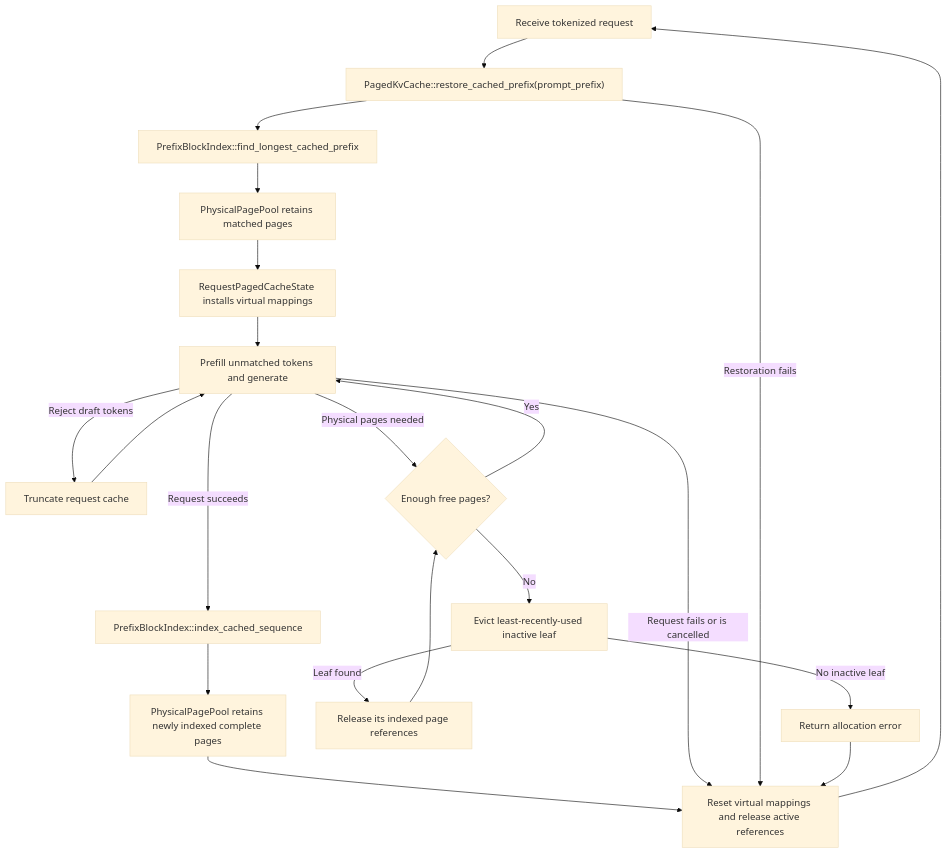
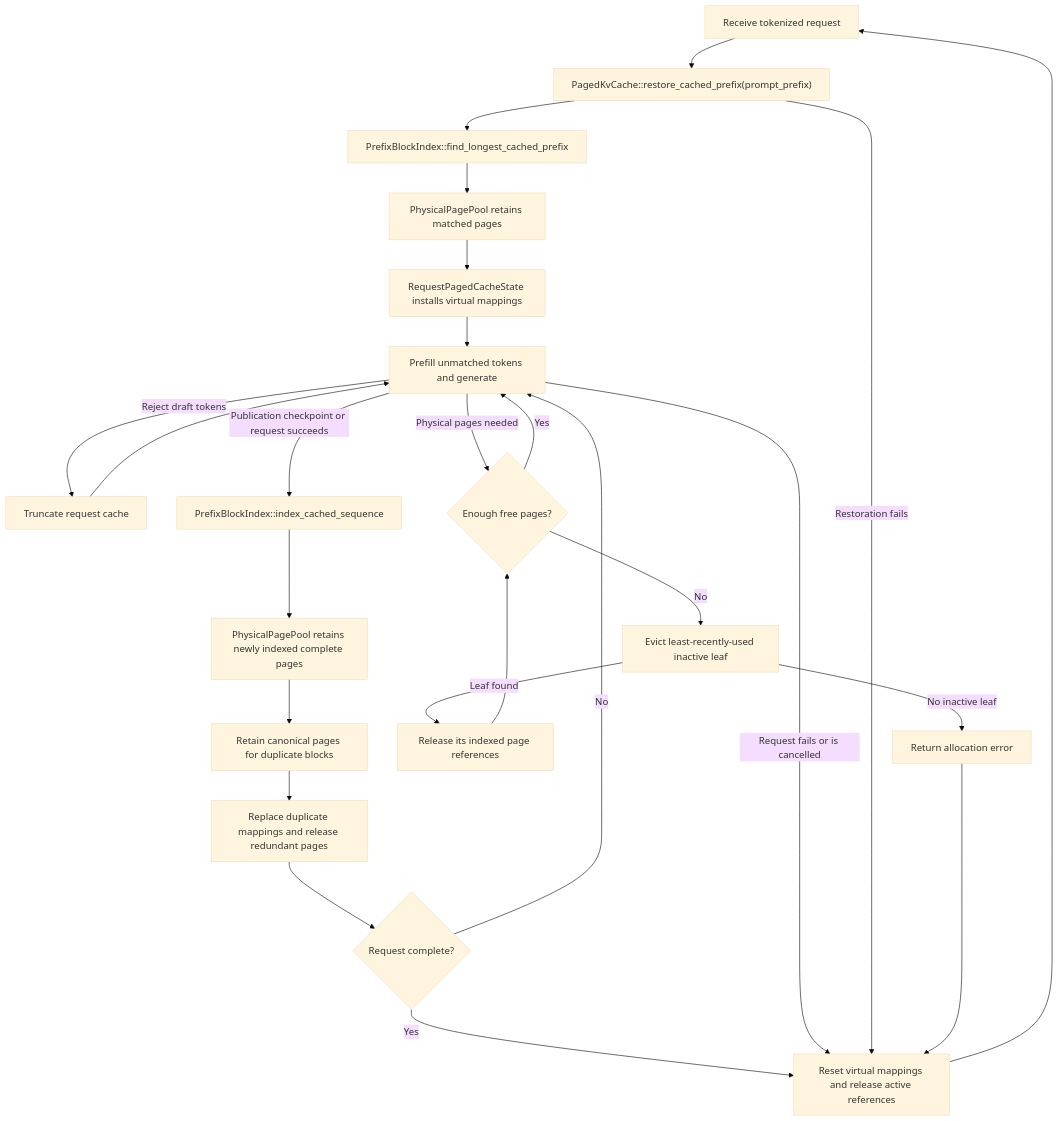
Before and after one commit to lun0522/mini-vllm-rs: the second of 3 diagrams in src/model_runner/server/kv_cache/README.md, drawn with Mermaid (base theme). The commit also changed other lines of this file and 3 other files, not shown here.

First line of the commit message:
Fix: Preserve page ownership during duplicate prefix publication

````diff
--- a/src/model_runner/server/kv_cache/README.md
+++ b/src/model_runner/server/kv_cache/README.md
@@ -84,23 +84,27 @@
 ```mermaid
 flowchart TD
     Request[Receive tokenized request] --> Restore["PagedKvCache::restore_cached_prefix(prompt_prefix)"]
     Restore --> Find["PrefixBlockIndex::find_longest_cached_prefix"]
     Find --> RetainMatch["PhysicalPagePool retains matched pages"]
     RetainMatch --> Attach["RequestPagedCacheState installs virtual mappings"]
     Attach --> Work[Prefill unmatched tokens and generate]
     Work -->|Reject draft tokens| Truncate[Truncate request cache]
     Truncate --> Work
-    Work -->|Request succeeds| Index["PrefixBlockIndex::index_cached_sequence"]
+    Work -->|Publication checkpoint or request succeeds| Index["PrefixBlockIndex::index_cached_sequence"]
     Index --> RetainNew["PhysicalPagePool retains newly indexed complete pages"]
-    RetainNew --> Reset["Reset virtual mappings and release active references"]
+    RetainNew --> RetainExisting["Retain canonical pages for duplicate blocks"]
+    RetainExisting --> Adopt["Replace duplicate mappings and release redundant pages"]
+    Adopt --> Complete{Request complete?}
+    Complete -->|No| Work
+    Complete -->|Yes| Reset["Reset virtual mappings and release active references"]
     Work -->|Request fails or is cancelled| Reset
     Restore -->|Restoration fails| Reset
     Reset --> Request
     Work -->|Physical pages needed| Available{Enough free pages?}
     Available -->|Yes| Work
     Available -->|No| Evict["Evict least-recently-used inactive leaf"]
     Evict -->|Leaf found| Release["Release its indexed page references"]
     Release --> Available
     Evict -->|No inactive leaf| Fail[Return allocation error]
     Fail --> Reset
 ```
````
